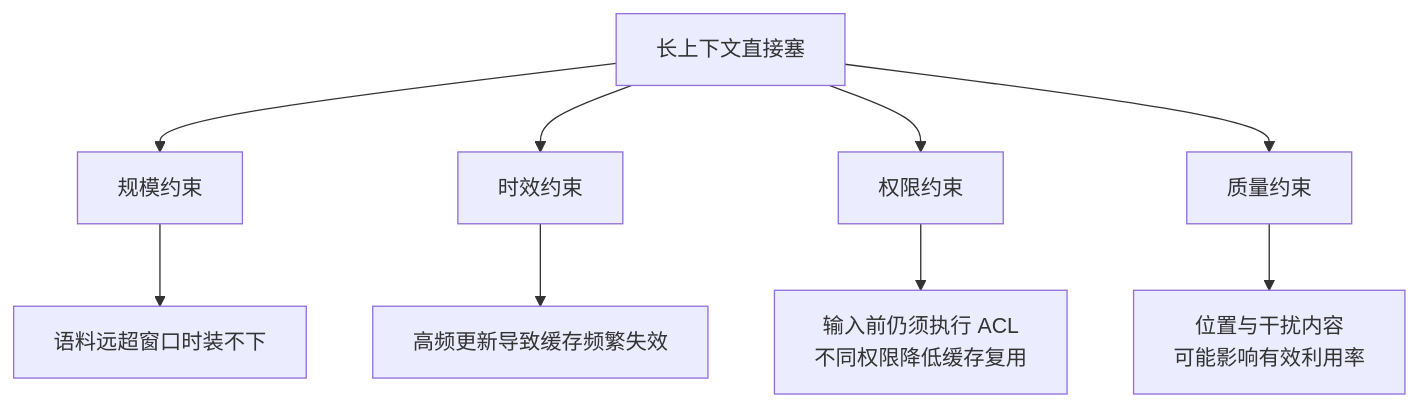
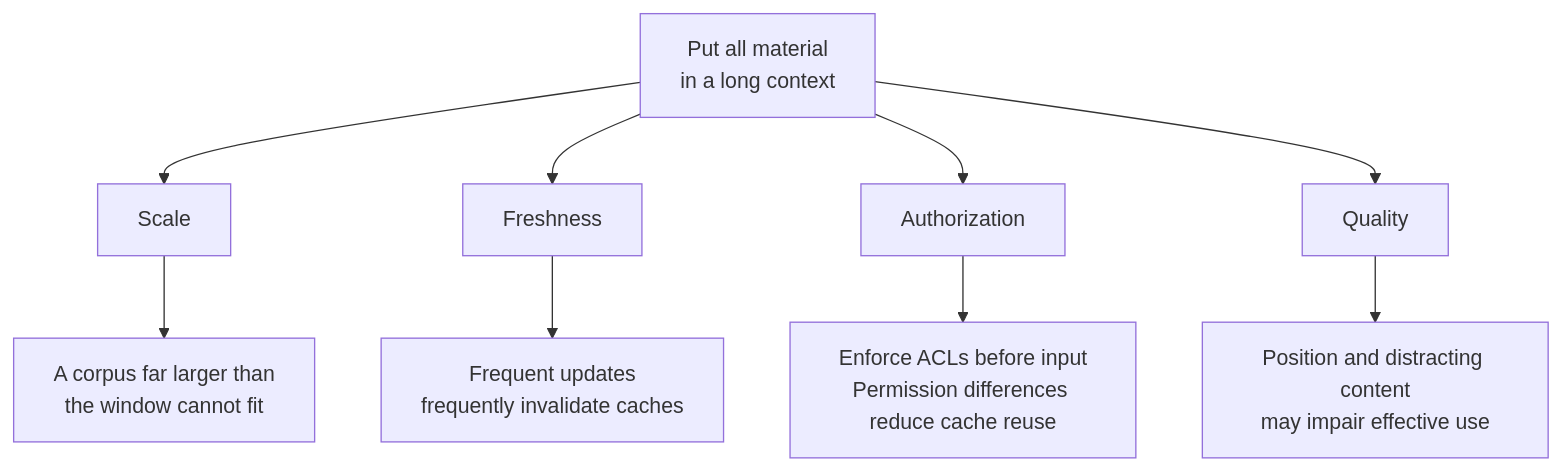
The second of 3 diagrams in docs/rag/01-foundations/02-rag-finetune-longcontext.md (oneleaveknowsthefall/awesome-ai-roadmap), drawn with Mermaid before and after one commit. The commit also changed other lines of this file and 60 other files, not shown here.

````diff
--- a/docs/rag/01-foundations/02-rag-finetune-longcontext.md
+++ b/docs/rag/01-foundations/02-rag-finetune-longcontext.md
@@ -82,12 +82,12 @@
 ```mermaid
 flowchart TB
-    LC[长上下文直接塞] --> C1[规模约束]
-    LC --> C2[时效约束]
-    LC --> C3[权限约束]
-    LC --> C4[质量约束]
+    LC[Put all material<br/>in a long context] --> C1[Scale]
+    LC --> C2[Freshness]
+    LC --> C3[Authorization]
+    LC --> C4[Quality]
 
-    C1 --> D1[语料远超窗口时装不下]
-    C2 --> D2[高频更新导致缓存频繁失效]
-    C3 --> D3[输入前仍须执行 ACL<br/>不同权限降低缓存复用]
-    C4 --> D4[位置与干扰内容<br/>可能影响有效利用率]
+    C1 --> D1[A corpus far larger than<br/>the window cannot fit]
+    C2 --> D2[Frequent updates<br/>frequently invalidate caches]
+    C3 --> D3[Enforce ACLs before input<br/>Permission differences reduce cache reuse]
+    C4 --> D4[Position and distracting content<br/>may impair effective use]
 ```
````
